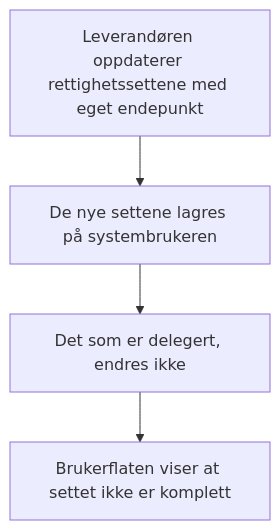
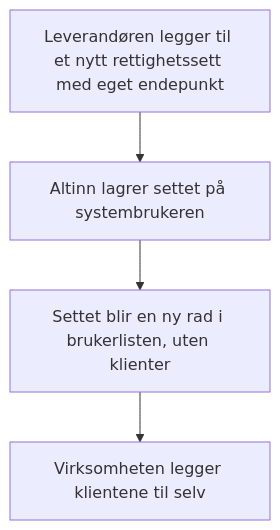
The fifth of 7 diagrams in content/authorization/guides/system-vendor/system-user/beslutningstre.nb.md (Altinn/altinn-studio-docs), drawn with Mermaid before and after one commit. The commit also changed other lines of this file and 29 other files, not shown here.

First line of the commit message:
Systembruker: én rad per rettighetssett, faste sett og skisser som i Access Management

```diff
--- a/content/authorization/guides/system-vendor/system-user/beslutningstre.nb.md
+++ b/content/authorization/guides/system-vendor/system-user/beslutningstre.nb.md
@@ -93,6 +97,6 @@
 {{< mermaid >}}
 graph TD
-  UPDATE["Leverandøren oppdaterer rettighetssettene med eget endepunkt"] --> STORED["De nye settene lagres på systembrukeren"]
-  STORED --> UNCHANGED["Det som er delegert, endres ikke"]
-  UNCHANGED --> VISIBLE["Brukerflaten viser at settet ikke er komplett"]
+  ADD["Leverandøren legger til et nytt rettighetssett med eget endepunkt"] --> STORED["Altinn lagrer settet på systembrukeren"]
+  STORED --> ROW["Settet blir en ny rad i brukerlisten, uten klienter"]
+  ROW --> CLIENTS["Virksomheten legger klientene til selv"]
 {{< /mermaid >}}
```
